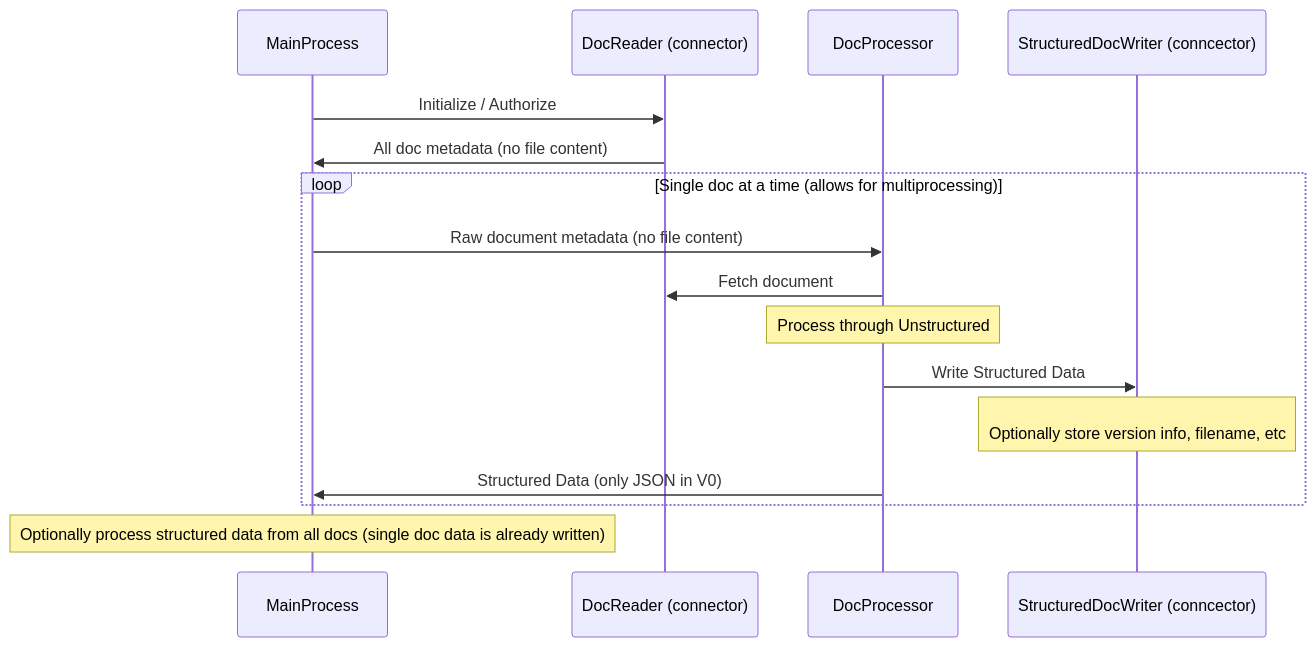
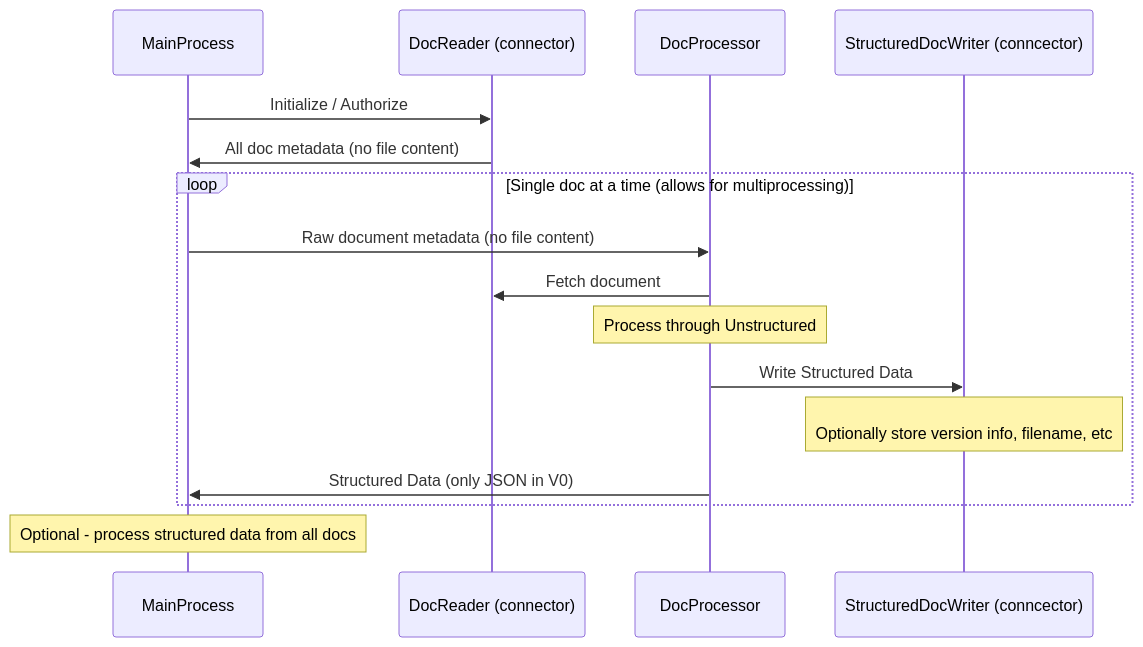
Before and after one commit to cragwolfe/unstructured-ingest: the diagram in README.md, drawn with Mermaid.

Commit message:
note tweak

````diff
--- a/README.md
+++ b/README.md
@@ -12,18 +12,18 @@
 ```mermaid
 sequenceDiagram
     participant MainProcess
     participant DocReader (connector)
     participant DocProcessor
     participant StructuredDocWriter (conncector)
     MainProcess->>DocReader (connector): Initialize / Authorize
     DocReader (connector)->>MainProcess: All doc metadata (no file content)
     loop Single doc at a time (allows for multiprocessing)
     MainProcess->>DocProcessor: Raw document metadata (no file content)
     DocProcessor->>DocReader (connector): Fetch document
     Note over DocProcessor: Process through Unstructured
     DocProcessor->>StructuredDocWriter (conncector): Write Structured Data
     Note over StructuredDocWriter (conncector): <br /> Optionally store version info, filename, etc
     DocProcessor->>MainProcess: Structured Data (only JSON in V0)
     end
-    Note over MainProcess: Optionally process structured data from all docs (single doc data is already written)
+    Note over MainProcess: Optional - process structured data from all docs
 ```
````
